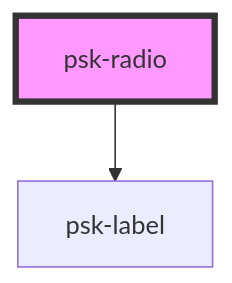
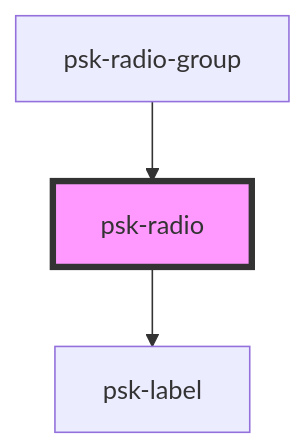
Before and after one commit to daniel-visoiu/cardinal: the diagram in src/components/psk-radio/readme.md, drawn with Mermaid. The commit also changed other lines of this file and 7 other files, not shown here.

Commit message:
BindModel decorator completed for input, radio, radio-group and select | minor update on FormModel - added RadioOption interface

````diff
--- a/src/components/psk-radio/readme.md
+++ b/src/components/psk-radio/readme.md
@@ -34,5 +38,6 @@
 ```mermaid
 graph TD;
   psk-radio --> psk-label
+  psk-radio-group --> psk-radio
   style psk-radio fill:#f9f,stroke:#333,stroke-width:4px
 ```
````
